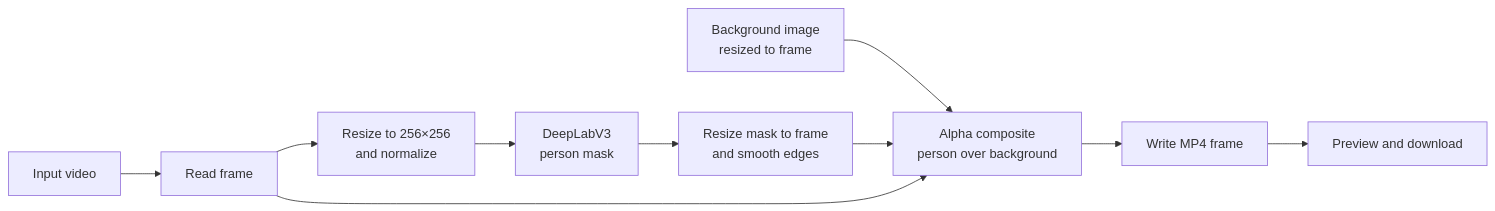
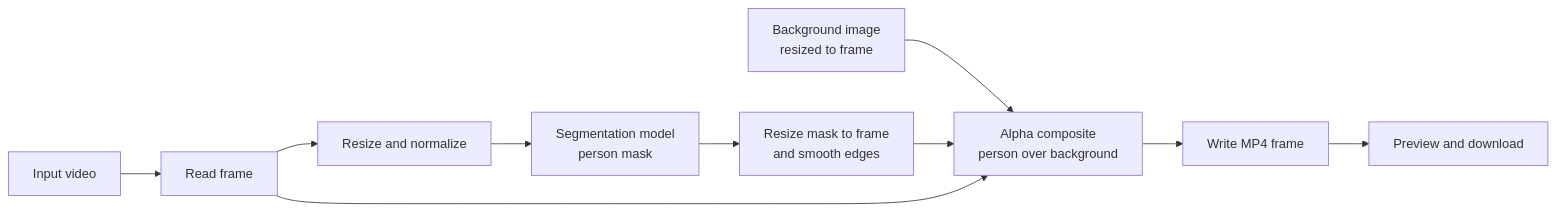
Before and after one commit to Rufaida-Kassem/background_changer: the diagram in README.md, drawn with Mermaid. The commit also changed other lines of this file, not shown here.

Commit message:
update README for clarity on model usage

````diff
--- a/README.md
+++ b/README.md
@@ -36,12 +36,12 @@
 ```mermaid
 flowchart LR
     B[Input video] --> C[Read frame]
-    C --> E[Resize to 256×256<br/>and normalize]
-    E --> M[DeepLabV3<br/>person mask]
+    C --> E[Resize and normalize]
+    E --> M[Segmentation model<br/>person mask]
     M --> S[Resize mask to frame<br/>and smooth edges]
     A[Background image<br/>resized to frame] --> D
     S --> D[Alpha composite<br/>person over background]
     C --> D
     D --> F[Write MP4 frame]
     F --> G[Preview and download]
 ```
````
